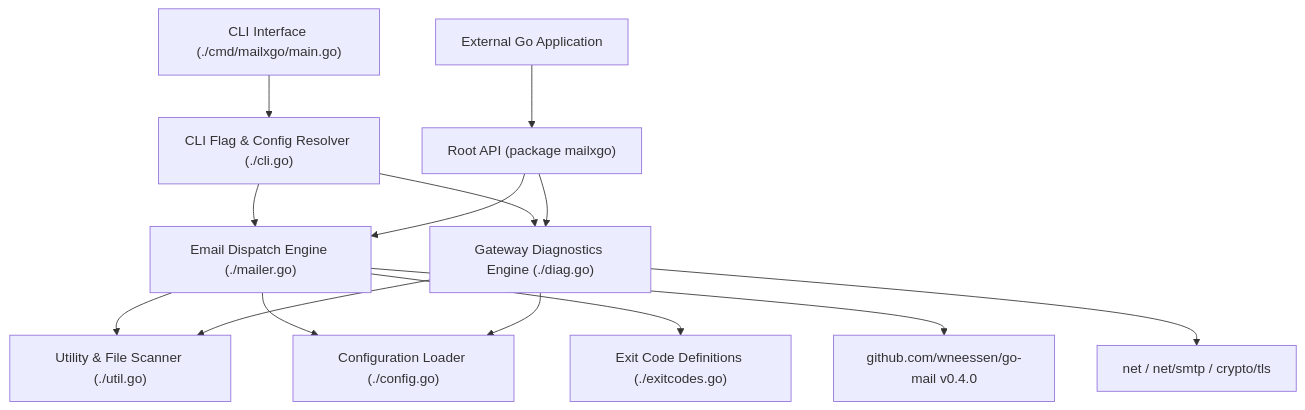
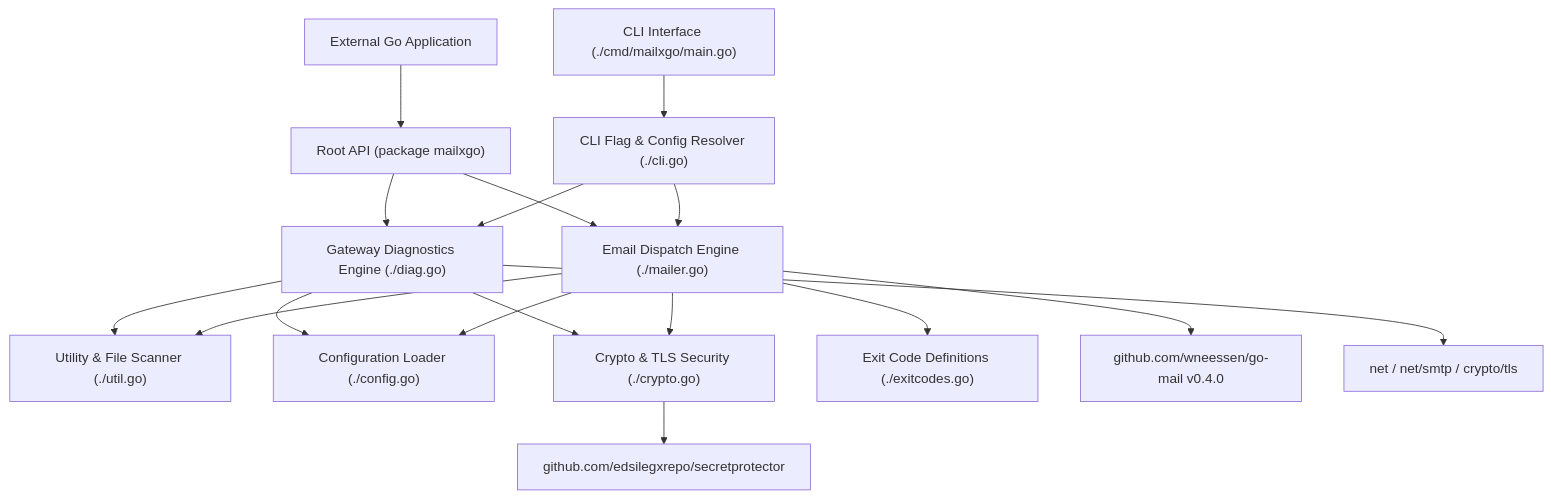
Before and after one commit to edsilegxrepo/mailxgo: the first of 4 diagrams in ARCHITECTURE.md, drawn with Mermaid. The commit also changed other lines of this file and 18 other files, not shown here.

First line of the commit message:
feat: add TLS trust options, secretprotector integration, E2E test suite, inline documentation

````diff
--- a/ARCHITECTURE.md
+++ b/ARCHITECTURE.md
@@ -8,19 +8,22 @@
 ```mermaid
 graph TD
     SubCLI["CLI Interface (./cmd/mailxgo/main.go)"] --> SubRunCLI["CLI Flag & Config Resolver (./cli.go)"]
     SubLib["External Go Application"] --> SubRoot["Root API (package mailxgo)"]
 
     SubRunCLI --> SubMailer["Email Dispatch Engine (./mailer.go)"]
     SubRunCLI --> SubDiag["Gateway Diagnostics Engine (./diag.go)"]
     SubRoot --> SubMailer
     SubRoot --> SubDiag
 
     SubMailer --> SubUtil["Utility & File Scanner (./util.go)"]
     SubMailer --> SubConfig["Configuration Loader (./config.go)"]
+    SubMailer --> SubCrypto["Crypto & TLS Security (./crypto.go)"]
     SubDiag --> SubUtil
     SubDiag --> SubConfig
+    SubDiag --> SubCrypto
     SubMailer --> SubExit["Exit Code Definitions (./exitcodes.go)"]
 
     SubMailer --> ExtMail["github.com/wneessen/go-mail v0.4.0"]
+    SubCrypto --> ExtSecProt["github.com/edsilegxrepo/secretprotector"]
     SubDiag --> NetGo["net / net/smtp / crypto/tls"]
 ```
````
